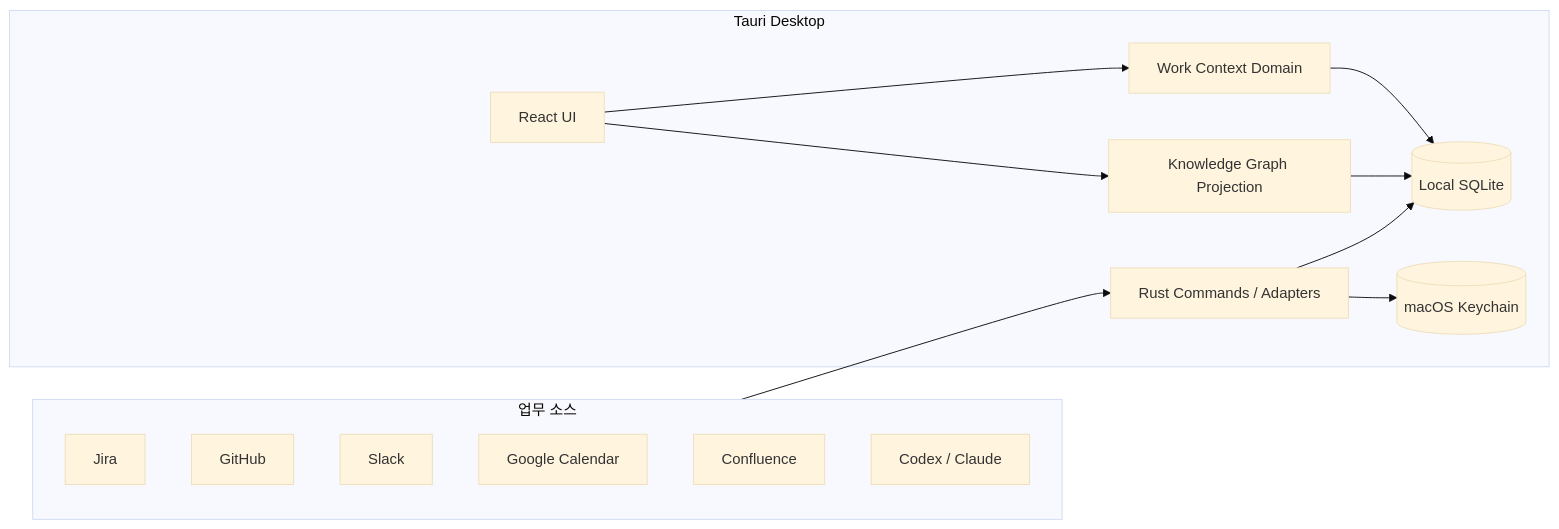
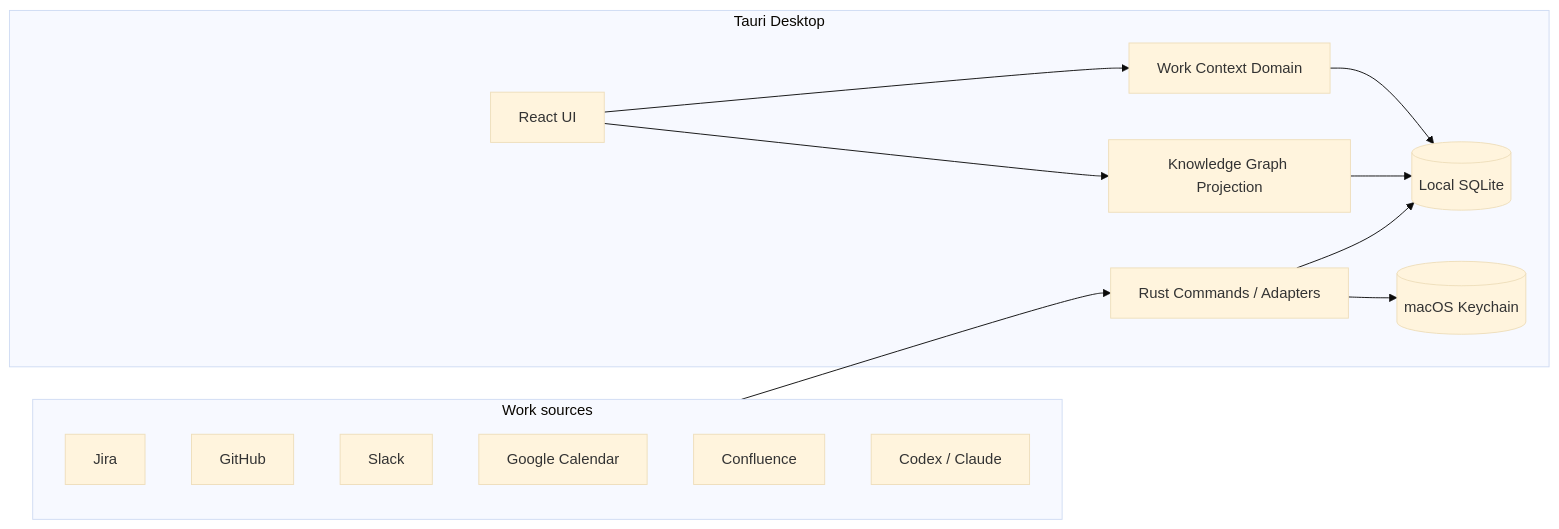
Before and after one commit to ckdwns9121/orbit: the diagram in README.md, drawn with Mermaid (base theme). The commit also changed other lines of this file and 14 other files, not shown here.

````diff
--- a/README.md
+++ b/README.md
@@ -240,28 +246,28 @@
 ```mermaid
 flowchart LR
-  subgraph Sources[업무 소스]
+  subgraph Sources[Work sources]
     Jira
     GitHub
     Slack
     Calendar[Google Calendar]
     Confluence
     AI[Codex / Claude]
   end
 
   subgraph Orbit[Tauri Desktop]
     React[React UI]
     Domain[Work Context Domain]
     Projection[Knowledge Graph Projection]
     Rust[Rust Commands / Adapters]
     SQLite[(Local SQLite)]
     Keychain[(macOS Keychain)]
   end
 
   Sources --> Rust
   React --> Domain
   React --> Projection
   Domain --> SQLite
   Projection --> SQLite
   Rust --> SQLite
   Rust --> Keychain
 ```
````
